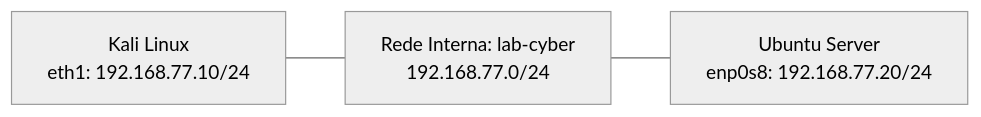
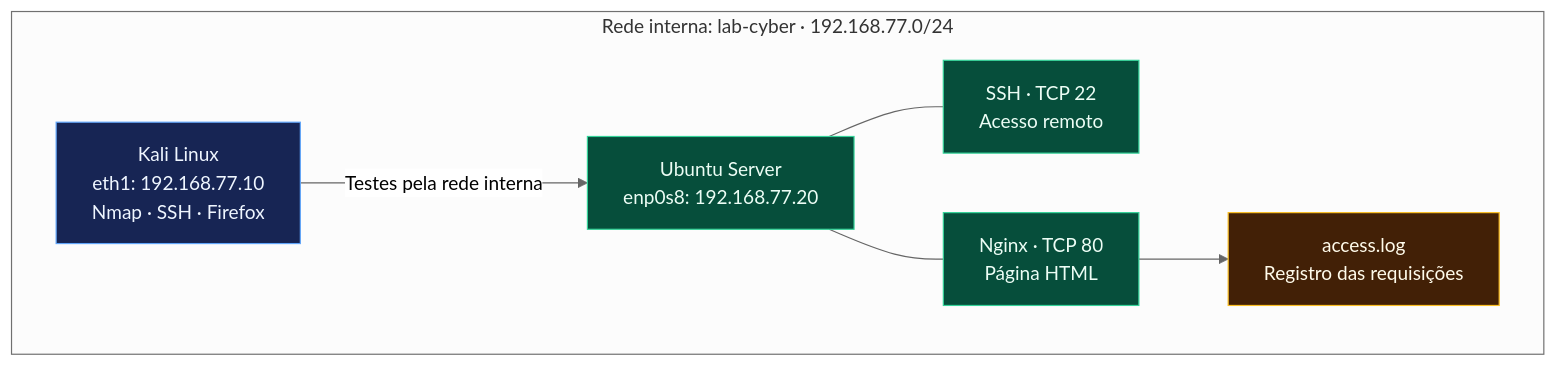
The first of 2 diagrams in README.md (netrunner-k/laboratorio-redes-seguranca), drawn with Mermaid (neutral theme) before and after one commit. The commit also changed other lines of this file, not shown here.

````diff
--- a/README.md
+++ b/README.md
@@ -55,9 +39,21 @@
 ```mermaid
-flowchart LR
-    K["Kali Linux<br/>eth1: 192.168.77.10/24"]
-    R["Rede Interna: lab-cyber<br/>192.168.77.0/24"]
-    U["Ubuntu Server<br/>enp0s8: 192.168.77.20/24"]
-
-    K --- R
-    R --- U
+flowchart TB
+    subgraph LAB["Rede interna: lab-cyber · 192.168.77.0/24"]
+        direction LR
+        K["Kali Linux<br/>eth1: 192.168.77.10<br/>Nmap · SSH · Firefox"]
+        U["Ubuntu Server<br/>enp0s8: 192.168.77.20"]
+        S["SSH · TCP 22<br/>Acesso remoto"]
+        W["Nginx · TCP 80<br/>Página HTML"]
+        L["access.log<br/>Registro das requisições"]
+        K -->|"Testes pela rede interna"| U
+        U --- S
+        U --- W
+        W --> L
+    end
+    classDef cliente fill:#172554,color:#eff6ff,stroke:#60a5fa
+    classDef servidor fill:#064e3b,color:#ecfdf5,stroke:#34d399
+    classDef registro fill:#422006,color:#fffbeb,stroke:#fbbf24
+    class K cliente
+    class U,S,W servidor
+    class L registro
 ```
````
